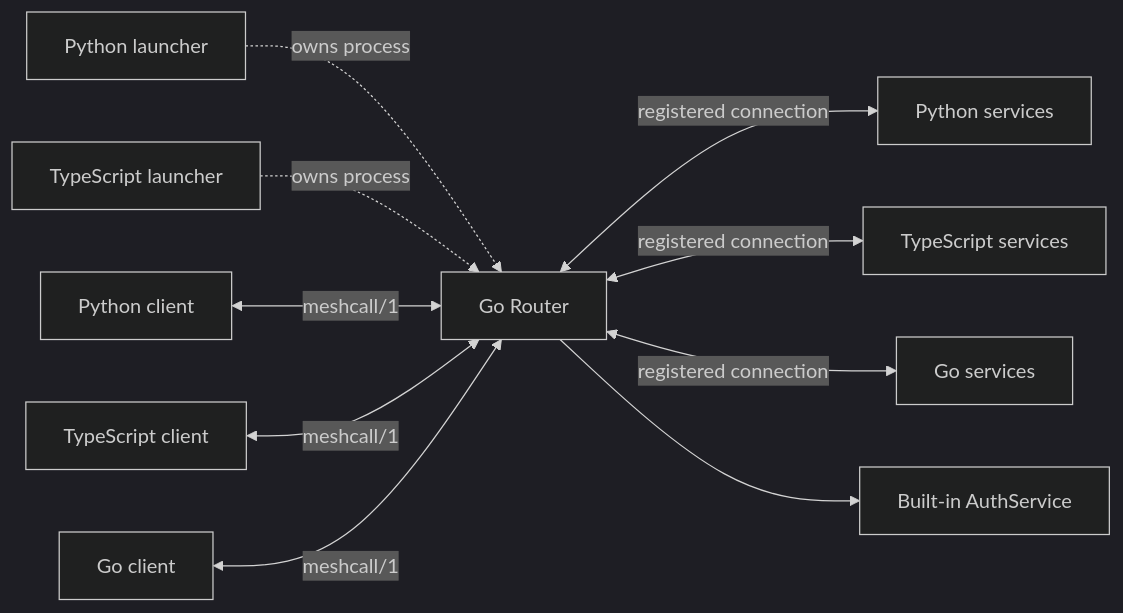
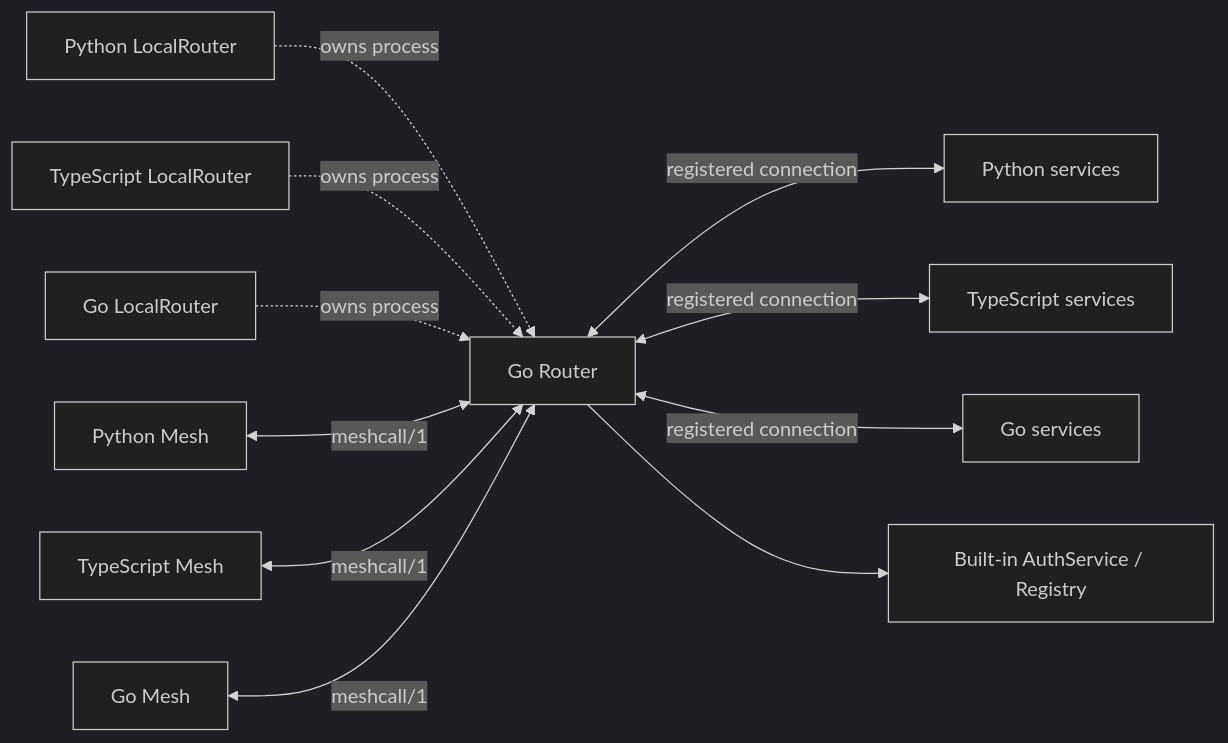
One commit to t4wefan/meshcall changed the diagram in docs/router.md. Above: the diagram before and after it, drawn with Mermaid (dark theme). The commit also changed other lines of this file and 36 other files, not shown here.

Commit message:
docs(docs+skill+py+ts+go): align docs and skill with 4-layer API and auto-start LocalRouter in Mesh

````diff
--- a/docs/router.md
+++ b/docs/router.md
@@ -13,12 +12,13 @@
 ```mermaid
 flowchart LR
-  PL[Python launcher] -. owns process .-> R[Go Router]
-  TL[TypeScript launcher] -. owns process .-> R
-  PC[Python client] <-->|meshcall/1| R
-  TC[TypeScript client] <-->|meshcall/1| R
-  GC[Go client] <-->|meshcall/1| R
+  PL[Python LocalRouter] -. owns process .-> R[Go Router]
+  TL[TypeScript LocalRouter] -. owns process .-> R
+  GL[Go LocalRouter] -. owns process .-> R
+  PC[Python Mesh] <-->|meshcall/1| R
+  TC[TypeScript Mesh] <-->|meshcall/1| R
+  GC[Go Mesh] <-->|meshcall/1| R
   R <-->|registered connection| PS[Python services]
   R <-->|registered connection| TS[TypeScript services]
   R <-->|registered connection| GS[Go services]
-  R --> A[Built-in AuthService]
+  R --> A[Built-in AuthService / Registry]
 ```
````
